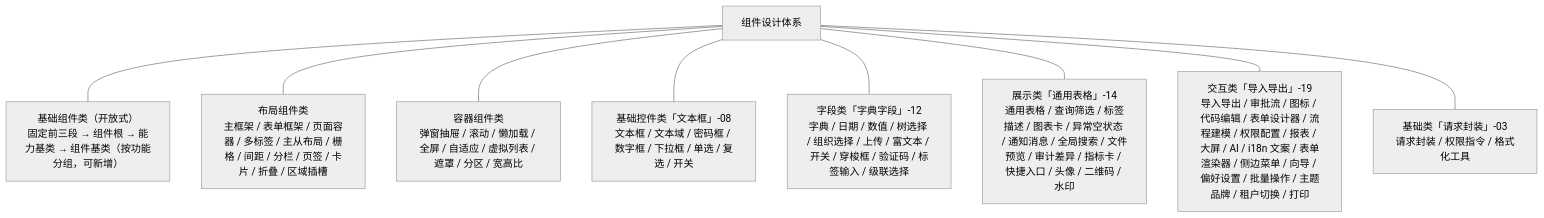
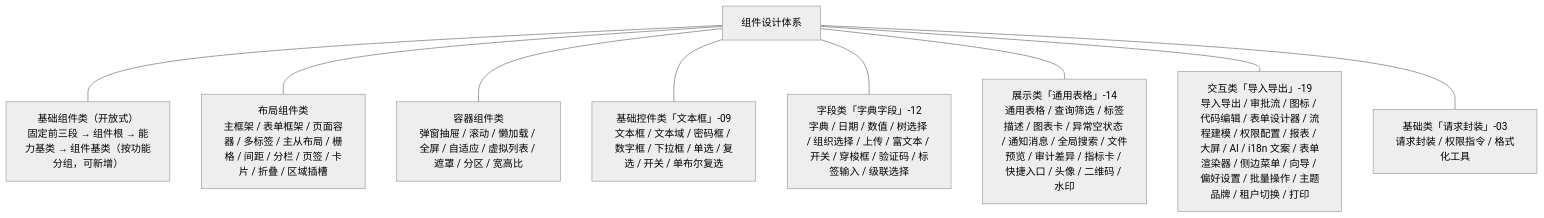
The diagram in bms文档/设计/组件设计/01_组件设计_总览.md (minjian123/basic-management-system), drawn with Mermaid (neutral theme) before and after one commit. The commit also changed other lines of this file and 13 other files, not shown here.

````diff
--- a/bms文档/设计/组件设计/01_组件设计_总览.md
+++ b/bms文档/设计/组件设计/01_组件设计_总览.md
@@ -195,20 +196,20 @@
 ```mermaid
 graph TD
     ROOT["组件设计体系"]
     BASE["基础组件类（开放式）<br/>固定前三段 → 组件根 → 能力基类 → 组件基类（按功能分组，可新增）"]
     LAY["布局组件类<br/>主框架 / 表单框架 / 页面容器 / 多标签 / 主从布局 / 栅格 / 间距 / 分栏 / 页签 / 卡片 / 折叠 / 区域插槽"]
     BOX["容器组件类<br/>弹窗抽屉 / 滚动 / 懒加载 / 全屏 / 自适应 / 虚拟列表 / 遮罩 / 分区 / 宽高比"]
-    CTRL["基础控件类「文本框」-08<br/>文本框 / 文本域 / 密码框 / 数字框 / 下拉框 / 单选 / 复选 / 开关"]
+    CTRL["基础控件类「文本框」-09<br/>文本框 / 文本域 / 密码框 / 数字框 / 下拉框 / 单选 / 复选 / 开关 / 单布尔复选"]
     F["字段类「字典字段」-12<br/>字典 / 日期 / 数值 / 树选择 / 组织选择 / 上传 / 富文本 / 开关 / 穿梭框 / 验证码 / 标签输入 / 级联选择"]
     D["展示类「通用表格」-14<br/>通用表格 / 查询筛选 / 标签描述 / 图表卡 / 异常空状态 / 通知消息 / 全局搜索 / 文件预览 / 审计差异 / 指标卡 / 快捷入口 / 头像 / 二维码 / 水印"]
     I["交互类「导入导出」-19<br/>导入导出 / 审批流 / 图标 / 代码编辑 / 表单设计器 / 流程建模 / 权限配置 / 报表 / 大屏 / AI / i18n 文案 / 表单渲染器 / 侧边菜单 / 向导 / 偏好设置 / 批量操作 / 主题品牌 / 租户切换 / 打印"]
     B["基础类「请求封装」-03<br/>请求封装 / 权限指令 / 格式化工具"]
     ROOT --- BASE
     ROOT --- LAY
     ROOT --- BOX
     ROOT --- CTRL
     ROOT --- F
     ROOT --- D
     ROOT --- I
     ROOT --- B
 ```
````
